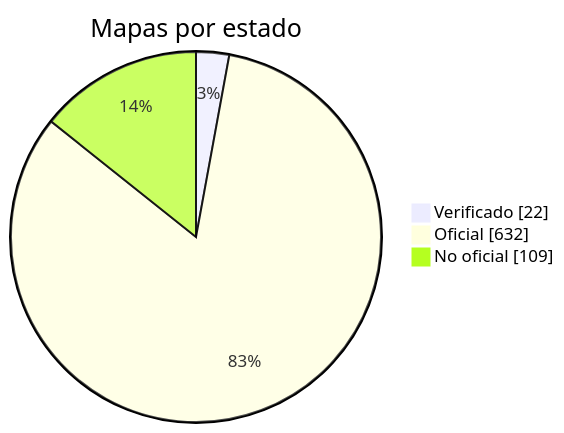
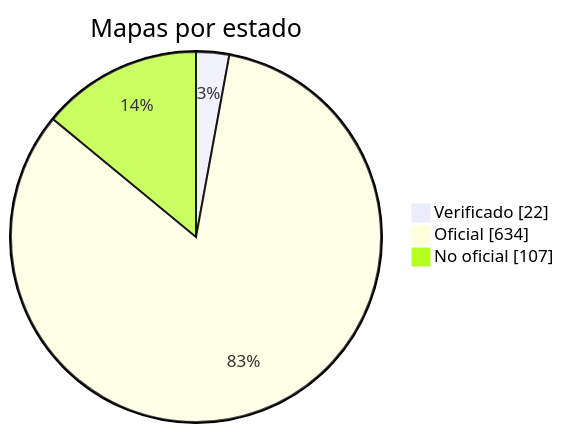
The diagram in docs/readme/README_ES.md (nobrega8/mbmap-library), drawn with Mermaid before and after one commit. The commit also changed 7 other files, not shown here.

````diff
--- a/docs/readme/README_ES.md
+++ b/docs/readme/README_ES.md
@@ -54,7 +54,7 @@
 ```mermaid
 pie showData
     title Mapas por estado
     "Verificado" : 22
-    "Oficial" : 632
-    "No oficial" : 109
+    "Oficial" : 634
+    "No oficial" : 107
 ```
````
